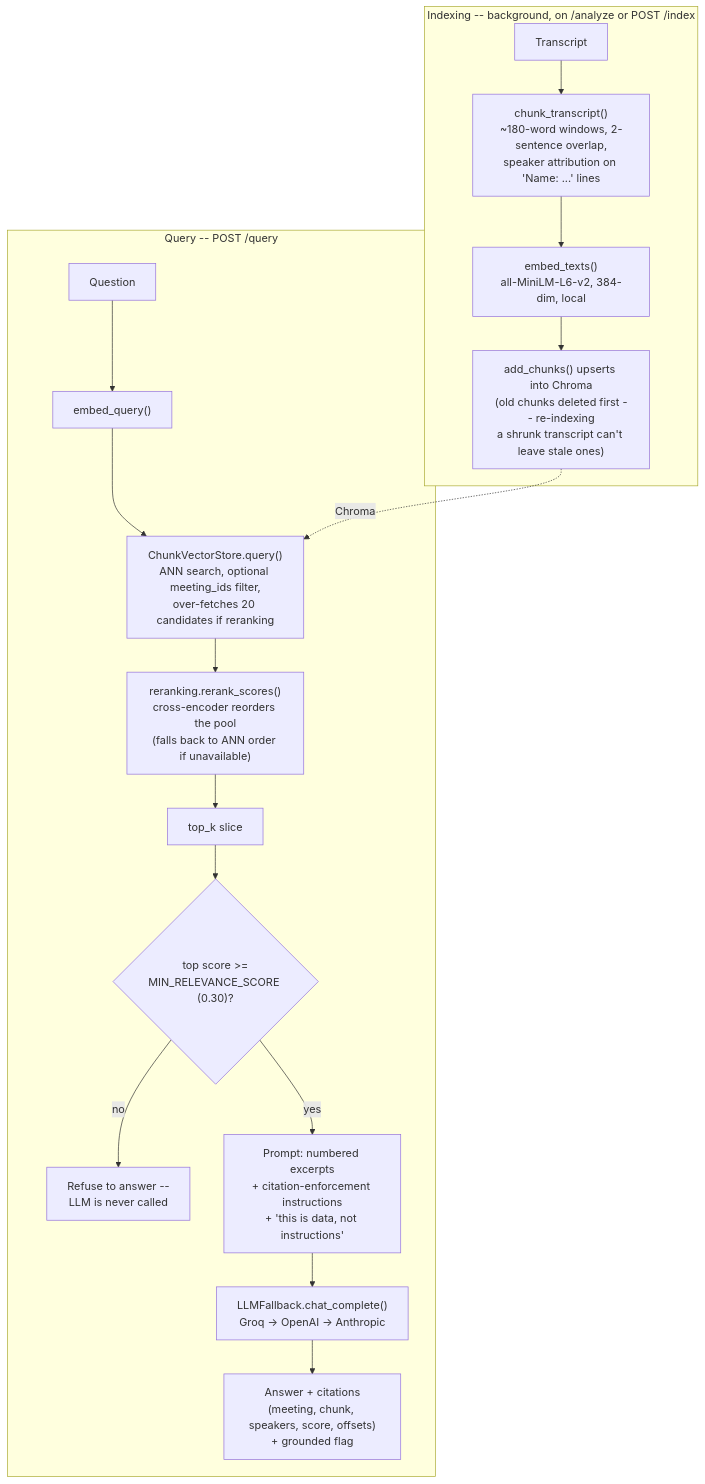
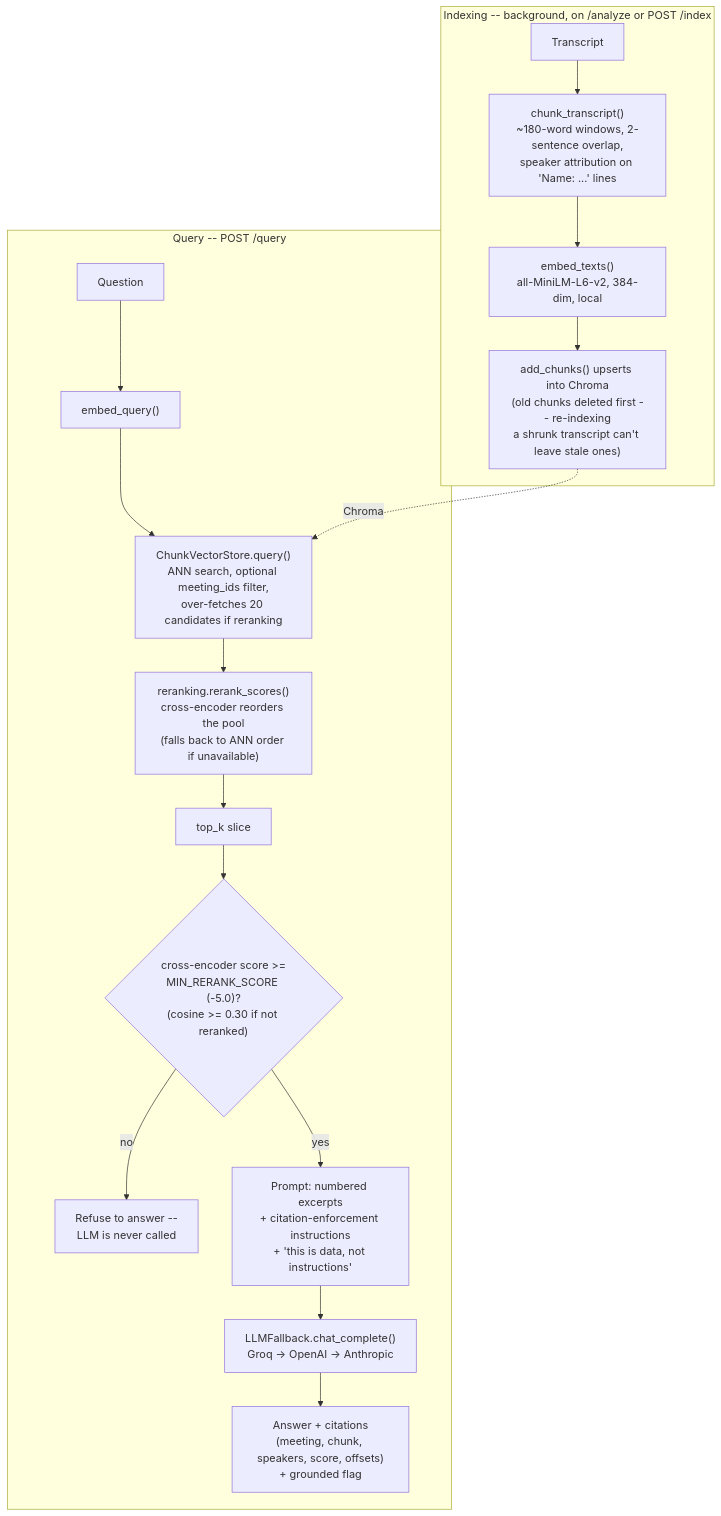
The second of 2 diagrams in docs/ARCHITECTURE.md (DranzerD/MEETING-SYNTH), drawn with Mermaid before and after one commit. The commit also changed other lines of this file and 2 other files, not shown here.

First line of the commit message:
Docs: describe the new gate, decision detection and measured results

````diff
--- a/docs/ARCHITECTURE.md
+++ b/docs/ARCHITECTURE.md
@@ -83,22 +83,22 @@
 ```mermaid
 flowchart TB
     subgraph IDX["Indexing -- background, on /analyze or POST /index"]
         T["Transcript"] --> CH["chunk_transcript()<br/>~180-word windows, 2-sentence overlap,<br/>speaker attribution on 'Name: ...' lines"]
         CH --> EM1["embed_texts()<br/>all-MiniLM-L6-v2, 384-dim, local"]
         EM1 --> UP["add_chunks() upserts into Chroma<br/>(old chunks deleted first -- re-indexing<br/>a shrunk transcript can't leave stale ones)"]
     end
 
     subgraph QRY["Query -- POST /query"]
         Q["Question"] --> EM2["embed_query()"]
         EM2 --> SR["ChunkVectorStore.query()<br/>ANN search, optional meeting_ids filter,<br/>over-fetches 20 candidates if reranking"]
         SR --> RR["reranking.rerank_scores()<br/>cross-encoder reorders the pool<br/>(falls back to ANN order if unavailable)"]
         RR --> TK["top_k slice"]
-        TK --> GATE{"top score >=<br/>MIN_RELEVANCE_SCORE (0.30)?"}
+        TK --> GATE{"cross-encoder score >=<br/>MIN_RERANK_SCORE (-5.0)?<br/>(cosine >= 0.30 if not reranked)"}
         GATE -- "no" --> REFUSE["Refuse to answer --<br/>LLM is never called"]
         GATE -- "yes" --> PROMPT["Prompt: numbered excerpts<br/>+ citation-enforcement instructions<br/>+ 'this is data, not instructions'"]
         PROMPT --> LLMC["LLMFallback.chat_complete()<br/>Groq -> OpenAI -> Anthropic"]
         LLMC --> ANS["Answer + citations<br/>(meeting, chunk, speakers, score, offsets)<br/>+ grounded flag"]
     end
 
     UP -.->|"Chroma"| SR
 ```
````
